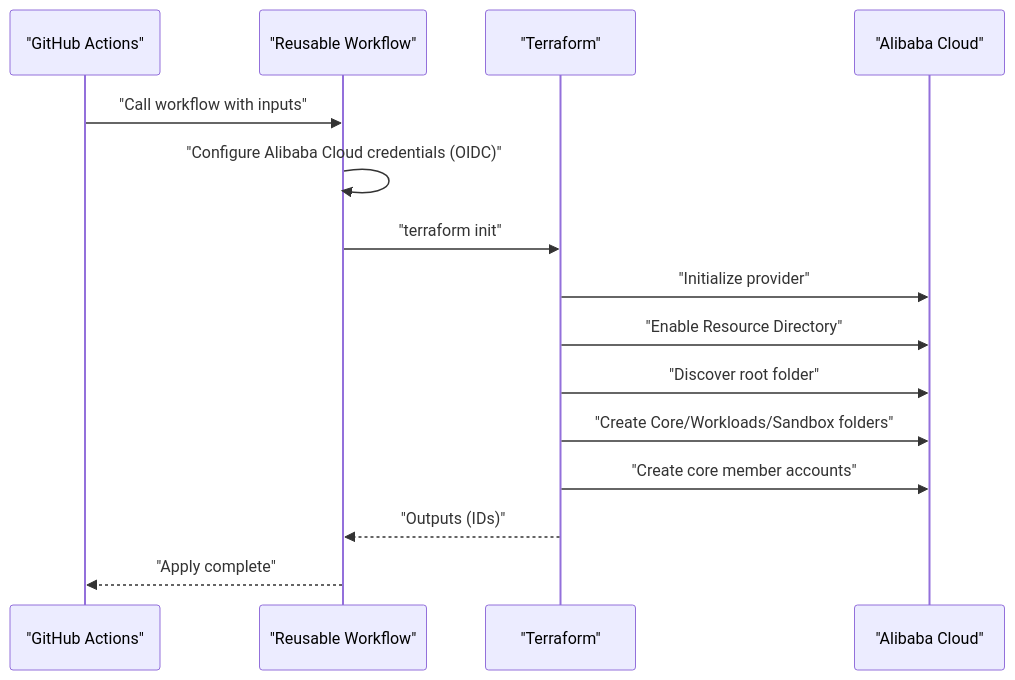
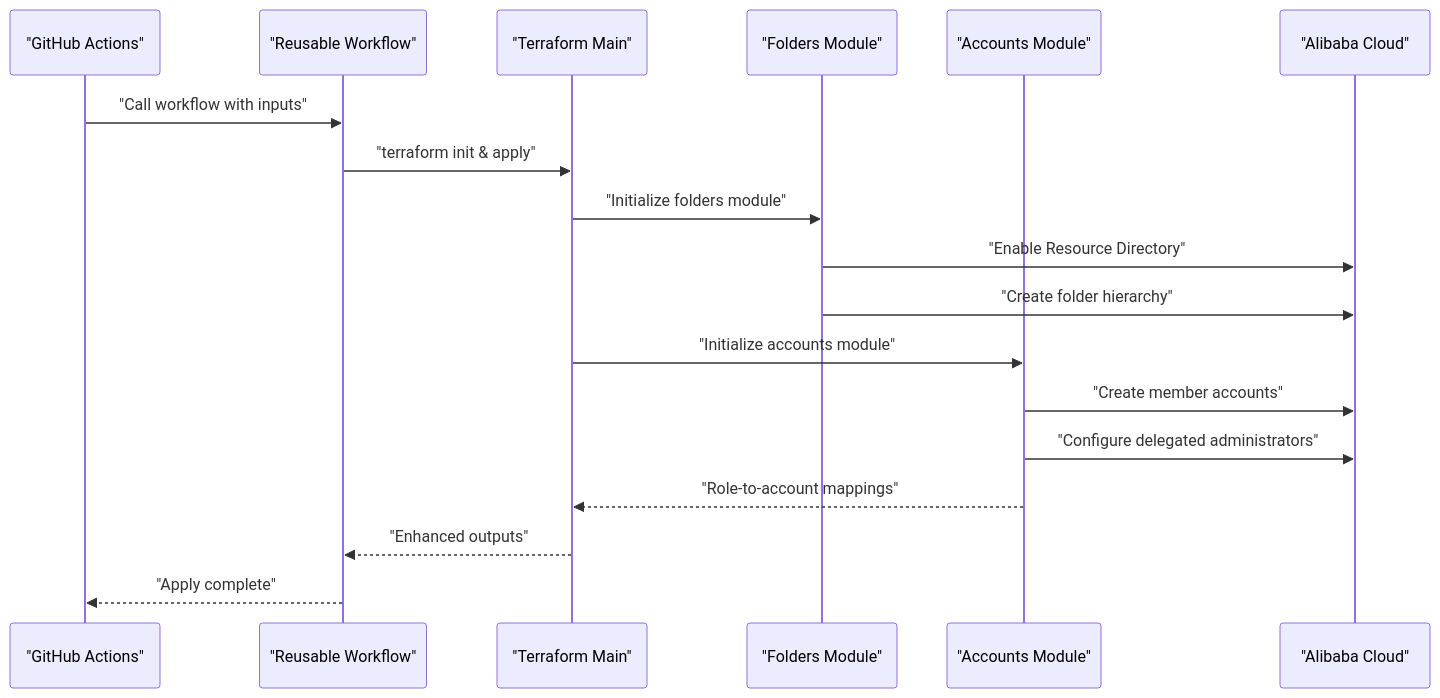
One commit to AlibabaCloudLandingZone/alibabacloud-landingzone-accelerator-github-demo changed the second of 5 diagrams in .qoder/repowiki/en/content/Bootstrap Infrastructure/Organization Structure Setup.md. Above: the diagram before and after it, drawn with Mermaid. The commit also changed other lines of this file and 110 other files, not shown here.

````diff
--- a/.qoder/repowiki/en/content/Bootstrap Infrastructure/Organization Structure Setup.md
+++ b/.qoder/repowiki/en/content/Bootstrap Infrastructure/Organization Structure Setup.md
@@ -98,17 +123,20 @@
 ```mermaid
 sequenceDiagram
 participant GH as "GitHub Actions"
 participant RW as "Reusable Workflow"
-participant TF as "Terraform"
+participant TF as "Terraform Main"
+participant FM as "Folders Module"
+participant AM as "Accounts Module"
 participant AC as "Alibaba Cloud"
 GH->>RW : "Call workflow with inputs"
-RW->>RW : "Configure Alibaba Cloud credentials (OIDC)"
-RW->>TF : "terraform init"
-TF->>AC : "Initialize provider"
-TF->>AC : "Enable Resource Directory"
-TF->>AC : "Discover root folder"
-TF->>AC : "Create Core/Workloads/Sandbox folders"
-TF->>AC : "Create core member accounts"
-TF-->>RW : "Outputs (IDs)"
+RW->>TF : "terraform init & apply"
+TF->>FM : "Initialize folders module"
+FM->>AC : "Enable Resource Directory"
+FM->>AC : "Create folder hierarchy"
+TF->>AM : "Initialize accounts module"
+AM->>AC : "Create member accounts"
+AM->>AC : "Configure delegated administrators"
+AM-->>TF : "Role-to-account mappings"
+TF-->>RW : "Enhanced outputs"
 RW-->>GH : "Apply complete"
 ```
````
